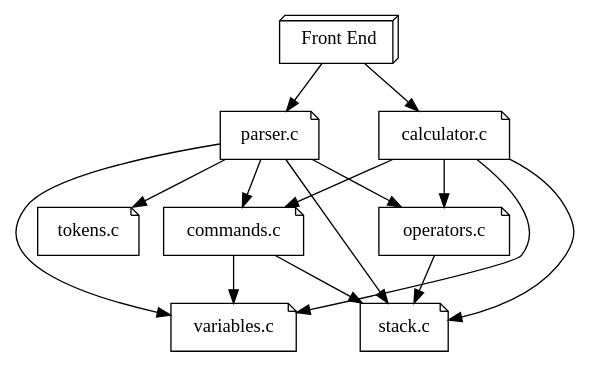
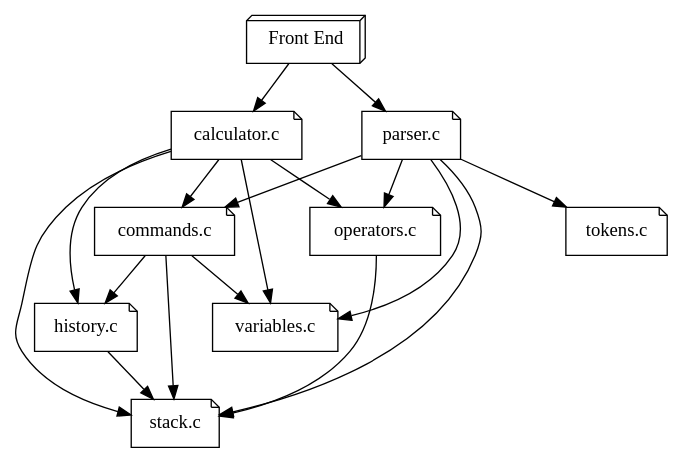
The diagram in doc/module_graph.dot (kinghajj/rpn), drawn with Graphviz before and after one commit.

Commit message:
Modified the module dependency graph to be more accurate.
	modified:   doc/module_graph.dot

```diff
--- a/doc/module_graph.dot
+++ b/doc/module_graph.dot
@@ -1,30 +1,35 @@
 digraph module_graph
 {
 	front      [label="Front End" shape="box3d"];
 	calculator [label="calculator.c" shape="note"];
+	history    [label="history.c" shape="note"];
 	parser     [label="parser.c" shape="note"];
 	tokens     [label="tokens.c" shape="note"];
 	commands   [label="commands.c" shape="note"];
 	operators  [label="operators.c" shape="note"];
 	variables  [label="variables.c" shape="note"];
 	stack      [label="stack.c" shape="note"];
 
 	front -> calculator;
 	front -> parser;
 
 	calculator -> commands;
+	calculator -> history;
 	calculator -> operators;
 	calculator -> stack;
 	calculator -> variables;
+
+	history -> stack;
 
 	parser -> commands;
 	parser -> operators;
 	parser -> stack;
 	parser -> tokens;
 	parser -> variables;
 
+	commands -> history;
 	commands -> stack;
 	commands -> variables;
 
 	operators -> stack;
 }
```
